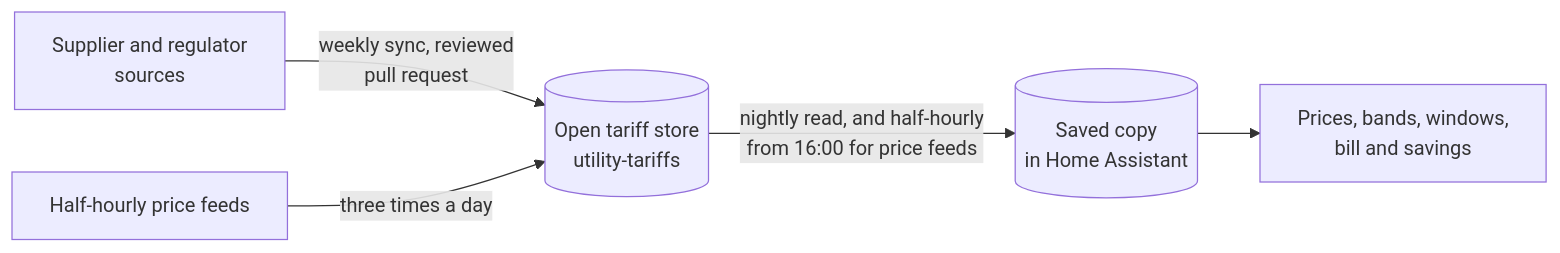
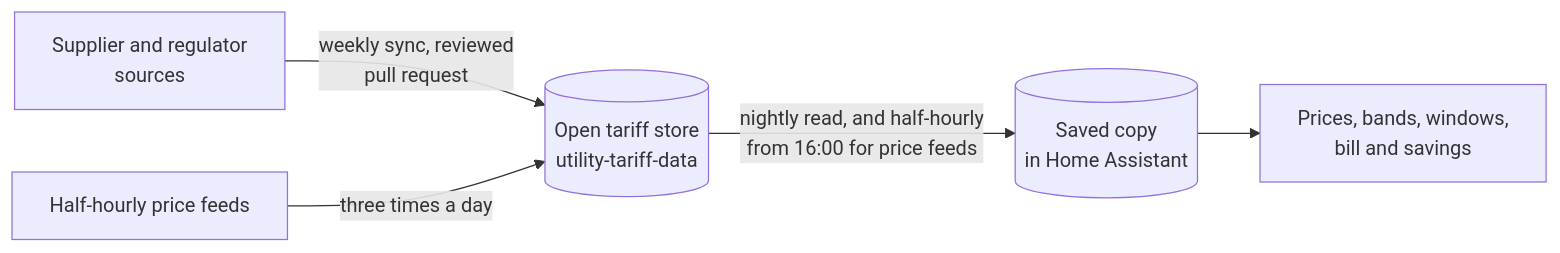
The diagram in docs/tariff-store.md (macuistin/ha-utility-tariffs), drawn with Mermaid before and after one commit. The commit also changed other lines of this file and 1 other file, not shown here.

Commit message:
docs: point the source links at utility-tariff-data

````diff
--- a/docs/tariff-store.md
+++ b/docs/tariff-store.md
@@ -9,7 +10,7 @@
 ```mermaid
 flowchart LR
-    S[Supplier and regulator<br/>sources] -->|weekly sync, reviewed<br/>pull request| ST[(Open tariff store<br/>utility-tariffs)]
+    S[Supplier and regulator<br/>sources] -->|weekly sync, reviewed<br/>pull request| ST[(Open tariff store<br/>utility-tariff-data)]
     P[Half-hourly price feeds] -->|three times a day| ST
     ST -->|nightly read, and half-hourly<br/>from 16:00 for price feeds| C[(Saved copy<br/>in Home Assistant)]
     C --> E[Prices, bands, windows,<br/>bill and savings]
 ```
````
